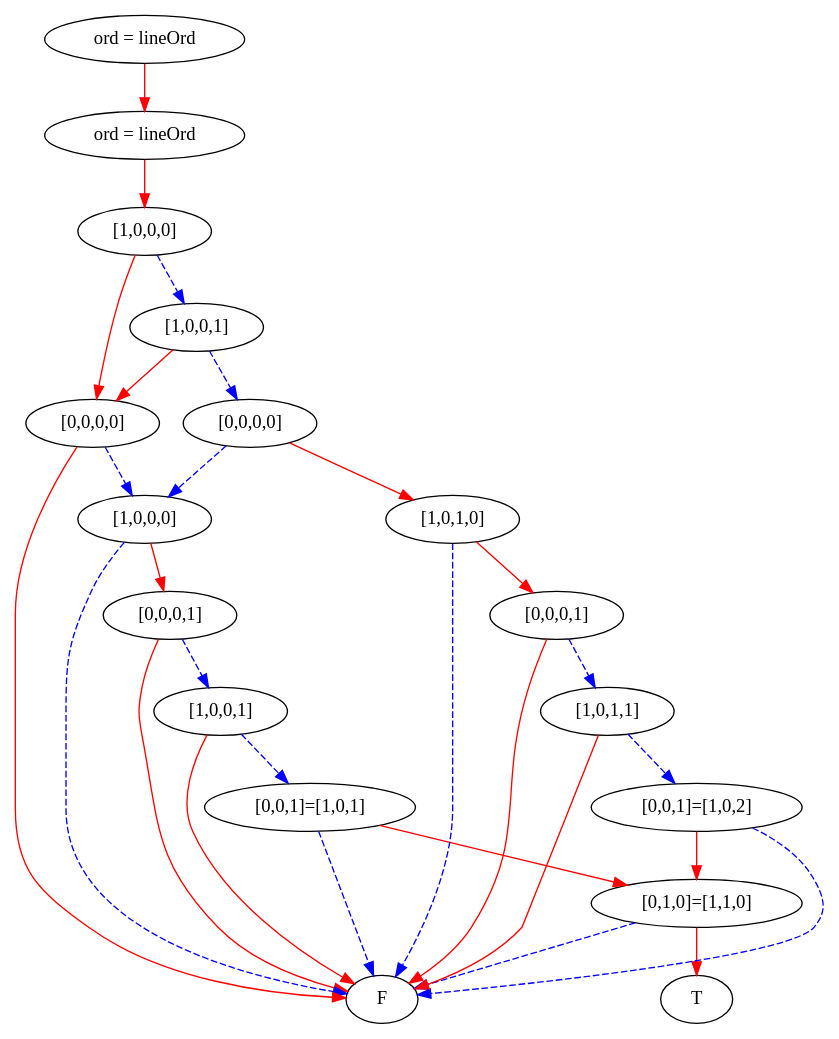
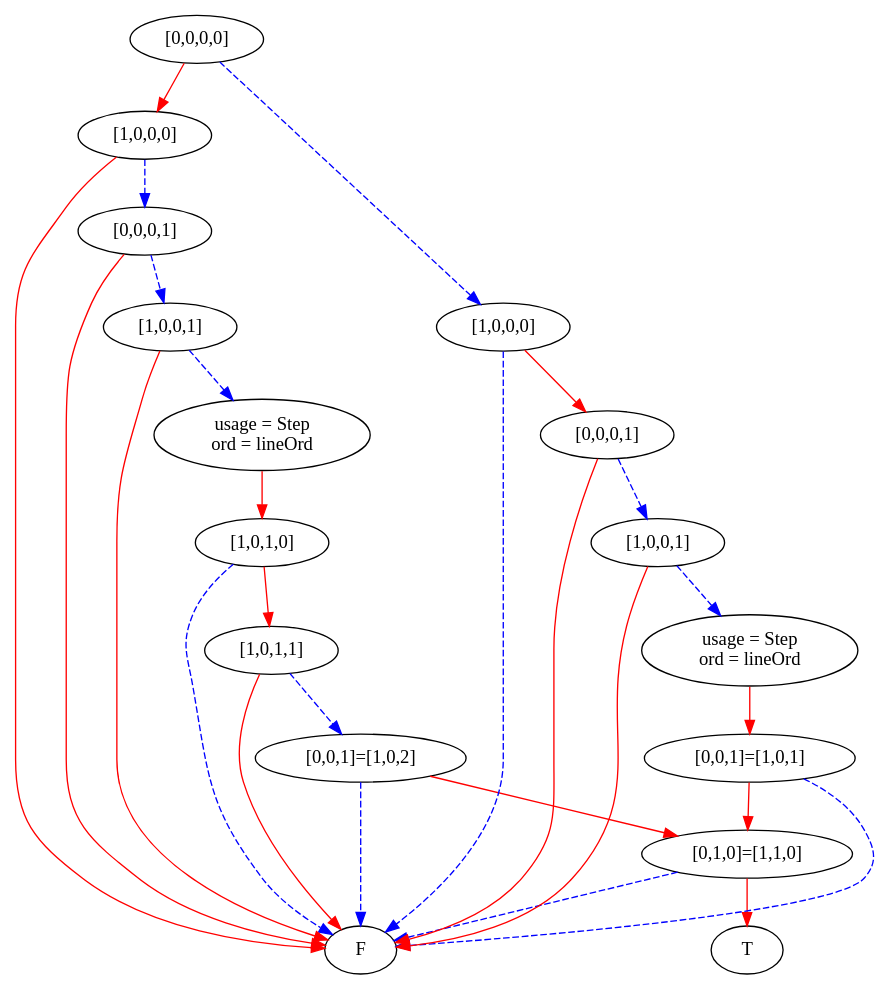
Before and after one commit to mburyakov/minxmod: the diagram in simpleProgram2.dot, drawn with Graphviz.

Commit message:
simpleProgram2.dot

```diff
--- a/simpleProgram2.dot
+++ b/simpleProgram2.dot
@@ -1,60 +1,56 @@
 digraph {
     1 [label=F];
     2 [label=T];
     3 [label="[0,1,0]=[1,1,0]"];
-    4 [label="[0,0,1]=[1,0,1]"];
-    5 [label="[1,0,0,1]"];
-    6 [label="[0,0,0,1]"];
-    7 [label="[1,0,0,0]"];
-    8 [label="[0,0,0,0]"];
-    9 [label="[0,0,1]=[1,0,2]"];
-    10 [label="[1,0,1,1]"];
-    11 [label="[0,0,0,1]"];
-    12 [label="[1,0,1,0]"];
-    13 [label="[0,0,0,0]"];
-    14 [label="[1,0,0,1]"];
+    4 [label="[0,0,1]=[1,0,2]"];
+    5 [label="[1,0,1,1]"];
+    6 [label="[1,0,1,0]"];
+    7 [label="usage = Step\nord = lineOrd"];
+    8 [label="[1,0,0,1]"];
+    9 [label="[0,0,0,1]"];
+    10 [label="[1,0,0,0]"];
+    11 [label="[0,0,1]=[1,0,1]"];
+    12 [label="usage = Step\nord = lineOrd"];
+    13 [label="[1,0,0,1]"];
+    14 [label="[0,0,0,1]"];
     15 [label="[1,0,0,0]"];
-    16 [label="ord = lineOrd"];
-    17 [label="ord = lineOrd"];
+    16 [label="[0,0,0,0]"];
     3 -> 1 [style=dashed
            ,color=blue];
     3 -> 2 [color=red];
     4 -> 3 [color=red];
     4 -> 1 [style=dashed
            ,color=blue];
     5 -> 4 [style=dashed
            ,color=blue];
     5 -> 1 [color=red];
-    6 -> 5 [style=dashed
+    6 -> 5 [color=red];
+    6 -> 1 [style=dashed
            ,color=blue];
-    6 -> 1 [color=red];
     7 -> 6 [color=red];
-    7 -> 1 [style=dashed
-           ,color=blue];
     8 -> 7 [style=dashed
            ,color=blue];
     8 -> 1 [color=red];
-    9 -> 3 [color=red];
-    9 -> 1 [style=dashed
+    9 -> 8 [style=dashed
            ,color=blue];
+    9 -> 1 [color=red];
     10 -> 9 [style=dashed
             ,color=blue];
     10 -> 1 [color=red];
-    11 -> 10 [style=dashed
+    11 -> 3 [color=red];
+    11 -> 1 [style=dashed
+            ,color=blue];
+    12 -> 11 [color=red];
+    13 -> 12 [style=dashed
              ,color=blue];
-    11 -> 1 [color=red];
-    12 -> 11 [color=red];
-    12 -> 1 [style=dashed
-            ,color=blue];
-    13 -> 7 [style=dashed
-            ,color=blue];
-    13 -> 12 [color=red];
-    14 -> 8 [color=red];
+    13 -> 1 [color=red];
     14 -> 13 [style=dashed
              ,color=blue];
-    15 -> 8 [color=red];
-    15 -> 14 [style=dashed
+    14 -> 1 [color=red];
+    15 -> 14 [color=red];
+    15 -> 1 [style=dashed
+            ,color=blue];
+    16 -> 10 [color=red];
+    16 -> 15 [style=dashed
              ,color=blue];
-    16 -> 15 [color=red];
-    17 -> 16 [color=red];
 }
```
